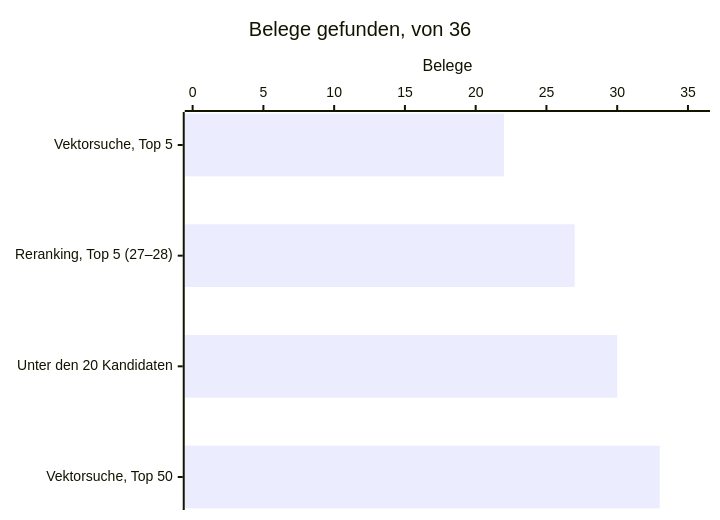
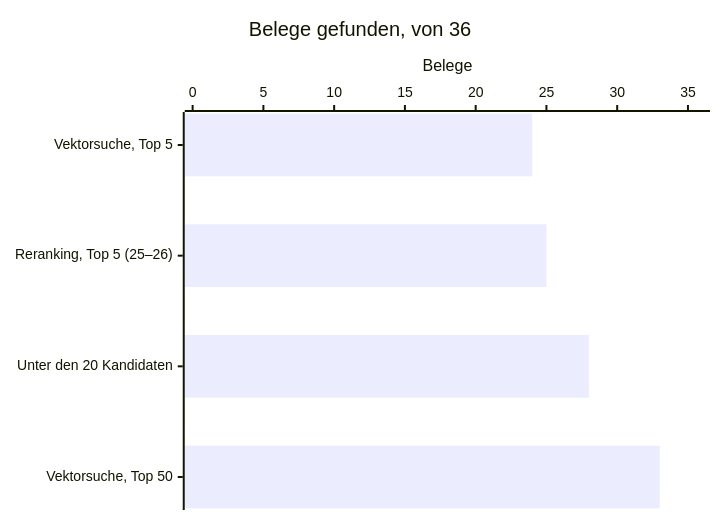
The first of 4 diagrams in README.md (fknoerzer/anlagen-copilot), drawn with Mermaid before and after one commit. The commit also changed other lines of this file and 1 other file, not shown here.

````diff
--- a/README.md
+++ b/README.md
@@ -32,7 +32,7 @@
 ```mermaid
 xychart-beta horizontal
     title "Belege gefunden, von 36"
-    x-axis ["Vektorsuche, Top 5", "Reranking, Top 5 (27–28)", "Unter den 20 Kandidaten", "Vektorsuche, Top 50"]
+    x-axis ["Vektorsuche, Top 5", "Reranking, Top 5 (25–26)", "Unter den 20 Kandidaten", "Vektorsuche, Top 50"]
     y-axis "Belege" 0 --> 36
-    bar [22, 27, 30, 33]
+    bar [24, 25, 28, 33]
 ```
````
